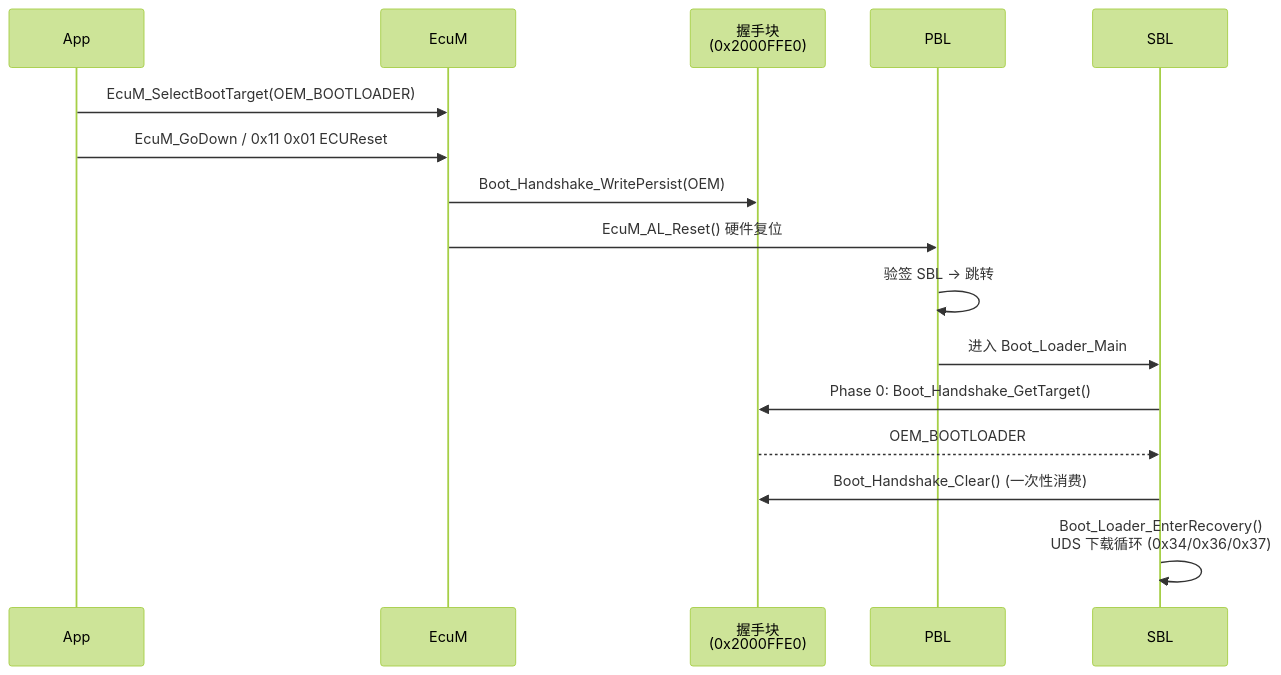
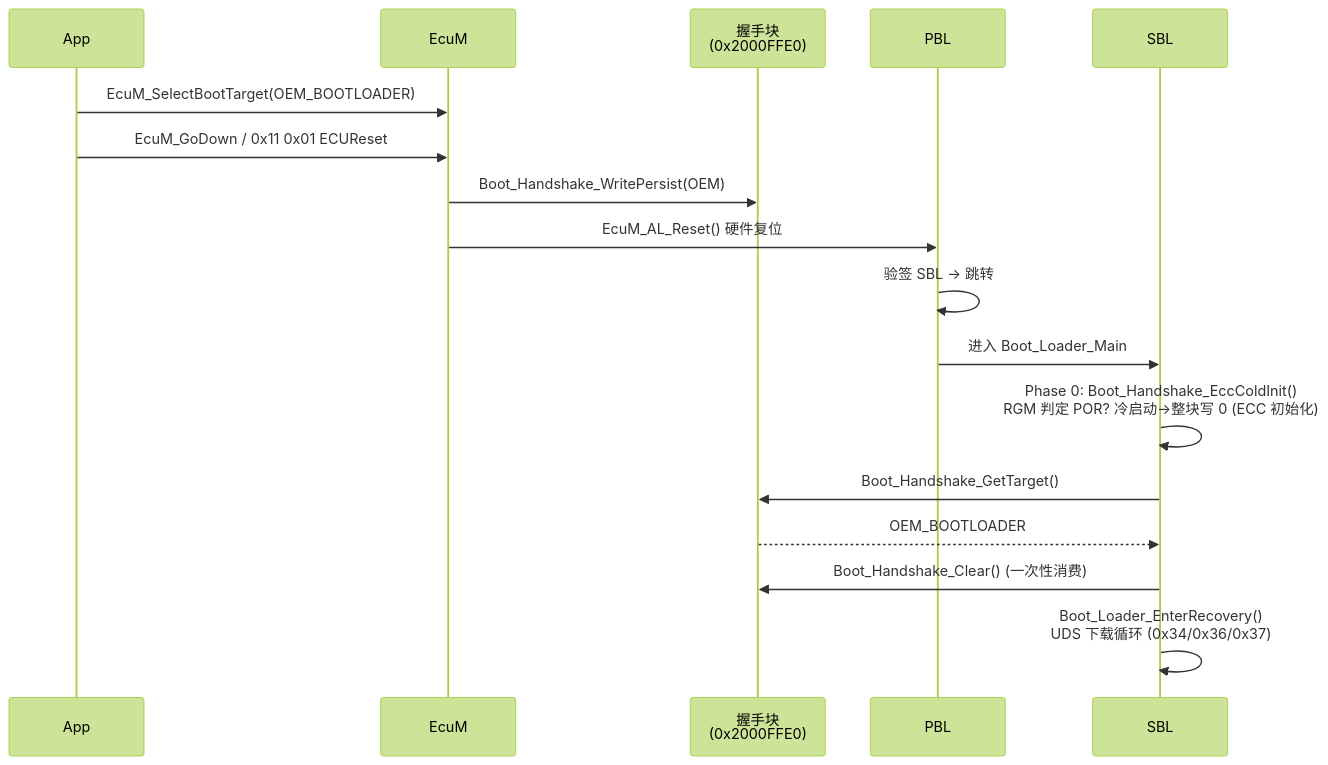
The sixth of 11 diagrams in docs/design/bootloader-design.md (frisky1985/yuleASR), drawn with Mermaid (forest theme) before and after one commit. The commit also changed other lines of this file and 8 other files, not shown here.

````diff
--- a/docs/design/bootloader-design.md
+++ b/docs/design/bootloader-design.md
@@ -406,18 +406,19 @@
 ```mermaid
 sequenceDiagram
     participant App
     participant EcuM
     participant RAM as 握手块<br/>(0x2000FFE0)
     participant PBL
     participant SBL
     App->>EcuM: EcuM_SelectBootTarget(OEM_BOOTLOADER)
     App->>EcuM: EcuM_GoDown / 0x11 0x01 ECUReset
     EcuM->>RAM: Boot_Handshake_WritePersist(OEM)
     EcuM->>PBL: EcuM_AL_Reset() 硬件复位
     PBL->>PBL: 验签 SBL → 跳转
     PBL->>SBL: 进入 Boot_Loader_Main
-    SBL->>RAM: Phase 0: Boot_Handshake_GetTarget()
+    SBL->>SBL: Phase 0: Boot_Handshake_EccColdInit()<br/>RGM 判定 POR? 冷启动→整块写 0 (ECC 初始化)
+    SBL->>RAM: Boot_Handshake_GetTarget()
     RAM-->>SBL: OEM_BOOTLOADER
     SBL->>RAM: Boot_Handshake_Clear() (一次性消费)
     SBL->>SBL: Boot_Loader_EnterRecovery()<br/>UDS 下载循环 (0x34/0x36/0x37)
 ```
````
